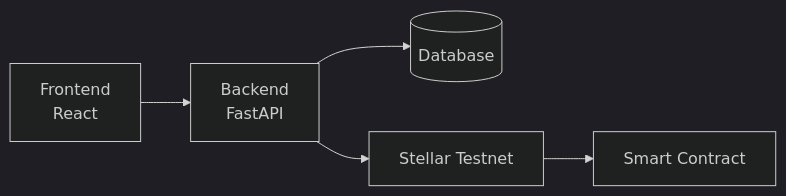
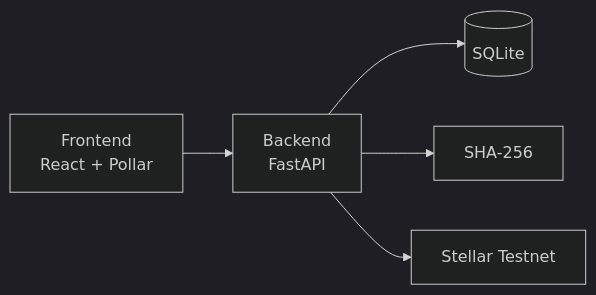
One commit to AngelTapiaLedesma/CriptoUNAM changed the diagram in README.md. Above: the diagram before and after it, drawn with Mermaid (dark theme). The commit also changed other lines of this file, not shown here.

````diff
--- a/README.md
+++ b/README.md
@@ -51,7 +60,7 @@
 ```mermaid
 flowchart LR
-    A[Frontend<br/>React] --> B[Backend<br/>FastAPI]
-    B --> C[(Database)]
-    B --> D[Stellar Testnet]
-    D --> E[Smart Contract]
+    A[Frontend<br/>React + Pollar] --> B[Backend<br/>FastAPI]
+    B --> C[(SQLite)]
+    B --> D[SHA-256]
+    B --> E[Stellar Testnet]
 ```
````
